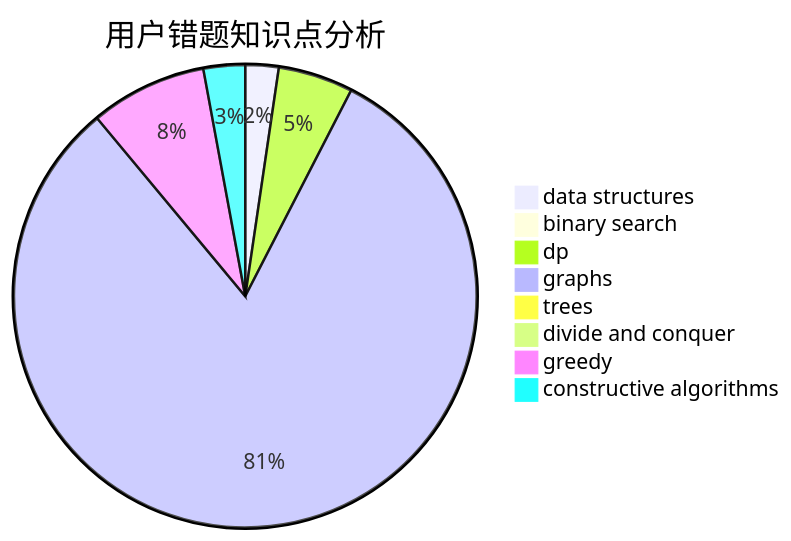
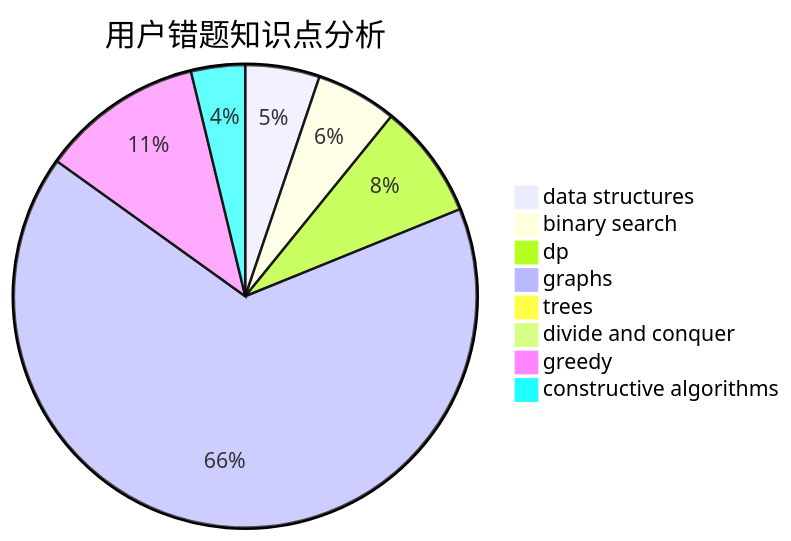
One commit to sherpahu/cfrs.github.io changed the third of 3 diagrams in docs/user/u782.md. Above: the diagram before and after it, drawn with Mermaid. The commit also changed other lines of this file and 2770 other files, not shown here.

````diff
--- a/docs/user/u782.md
+++ b/docs/user/u782.md
@@ -36,11 +36,11 @@
 ```mermaid
 pie title 用户错题知识点分析
-    "data structures" :  4
-    "binary search" :  0
-    "dp" :  9
+    "data structures" :  11
+    "binary search" :  12
+    "dp" :  17
     "graphs" :  140
-    "trees" :  0
+    "trees" :  1
     "divide and conquer" :  0
-    "greedy" :  14
-    "constructive algorithms" :  5
+    "greedy" :  24
+    "constructive algorithms" :  8
 ```
````
